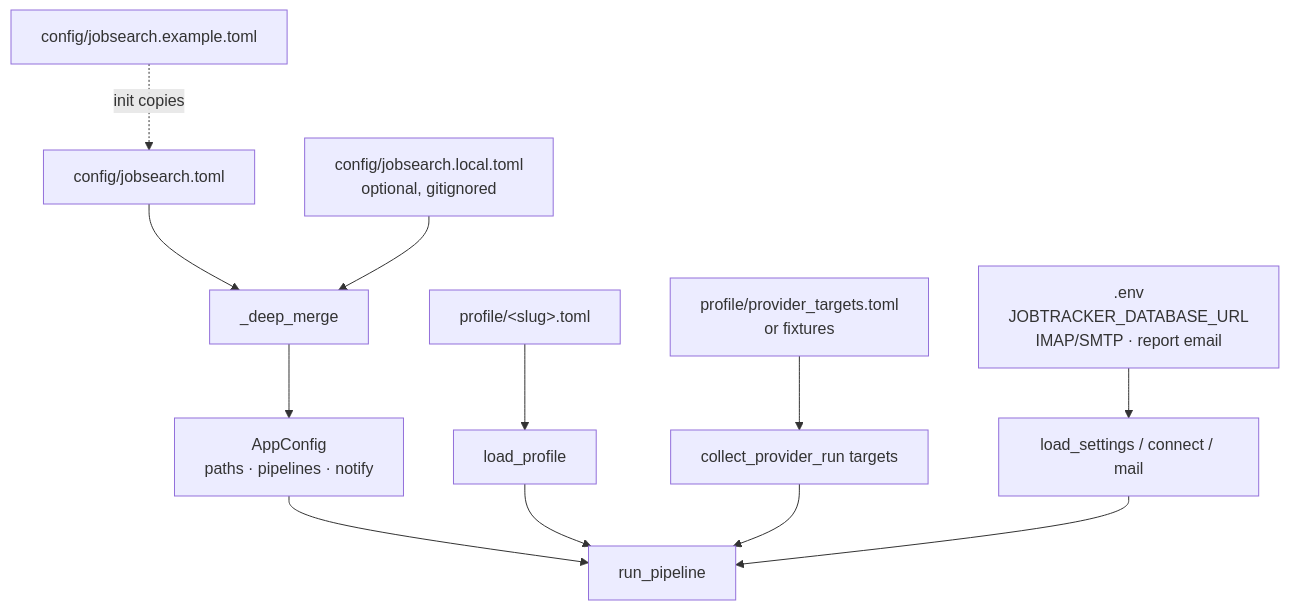
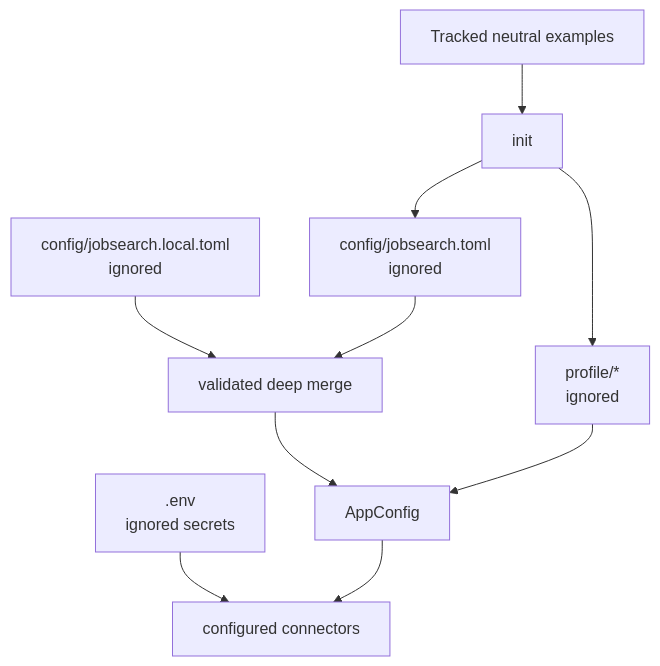
The third of 3 diagrams in Docs/architecture.md (the-dmytro/jobsearch-toolchain), drawn with Mermaid before and after one commit. The commit also changed other lines of this file and 165 other files, not shown here.

````diff
--- a/Docs/architecture.md
+++ b/Docs/architecture.md
@@ -161,14 +71,12 @@
 ```mermaid
 flowchart TB
-  Example["config/jobsearch.example.toml"] -.->|init copies| Primary["config/jobsearch.toml"]
-  Primary --> Merge["_deep_merge"]
-  Local["config/jobsearch.local.toml<br/>optional, gitignored"] --> Merge
-  Merge --> AppConfig["AppConfig<br/>paths · pipelines · notify"]
-  Profile["profile/&lt;slug&gt;.toml"] --> LoadProfile["load_profile"]
-  Targets["profile/provider_targets.toml<br/>or fixtures"] --> Collect["collect_provider_run targets"]
-  Env[".env<br/>JOBTRACKER_DATABASE_URL<br/>IMAP/SMTP · report email"] --> Settings["load_settings / connect / mail"]
-  AppConfig --> Run["run_pipeline"]
-  LoadProfile --> Run
-  Collect --> Run
-  Settings --> Run
+  Example["Tracked neutral examples"] --> Init["init"]
+  Init --> Primary["config/jobsearch.toml<br/>ignored"]
+  Init --> Profile["profile/*<br/>ignored"]
+  Local["config/jobsearch.local.toml<br/>ignored"] --> Merge["validated deep merge"]
+  Primary --> Merge
+  Env[".env<br/>ignored secrets"] --> Components["configured connectors"]
+  Merge --> App["AppConfig"]
+  Profile --> App
+  App --> Components
 ```
````
